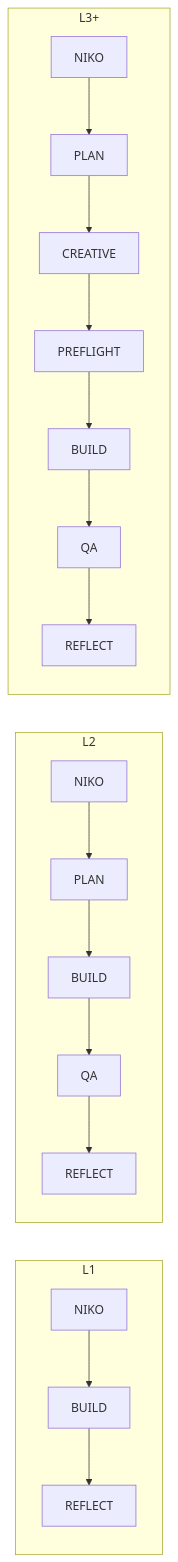
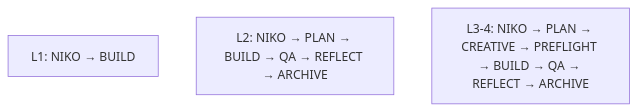
One commit to Texarkanine/.cursor-rules changed the fifth of 12 diagrams in rulesets/niko/niko/visual-maps/van_mode_split/van-mode-map.mdc. Above: the diagram before and after it, drawn with Mermaid. The commit also changed other lines of this file and 20 other files, not shown here.

````diff
--- a/rulesets/niko/niko/visual-maps/van_mode_split/van-mode-map.mdc
+++ b/rulesets/niko/niko/visual-maps/van_mode_split/van-mode-map.mdc
@@ -146,12 +152,6 @@
 ```mermaid
-flowchart LR
-    subgraph "L1"
-        L1_NIKO["NIKO"] --> L1_BUILD["BUILD"] --> L1_REFLECT["REFLECT"]
-    end
-    subgraph "L2"
-        L2_NIKO["NIKO"] --> L2_PLAN["PLAN"] --> L2_BUILD["BUILD"] --> L2_QA["QA"] --> L2_REFLECT["REFLECT"]
-    end
-    subgraph "L3+"
-        L3_NIKO["NIKO"] --> L3_PLAN["PLAN"] --> L3_CREATIVE["CREATIVE"] --> L3_PREFLIGHT["PREFLIGHT"] --> L3_BUILD["BUILD"] --> L3_QA["QA"] --> L3_REFLECT["REFLECT"]
-    end
+flowchart TD
+    L1["L1: NIKO → BUILD"]
+    L2["L2: NIKO → PLAN → BUILD → QA → REFLECT → ARCHIVE"]
+    L34["L3-4: NIKO → PLAN → CREATIVE → PREFLIGHT → BUILD → QA → REFLECT → ARCHIVE"]
 ```
````
